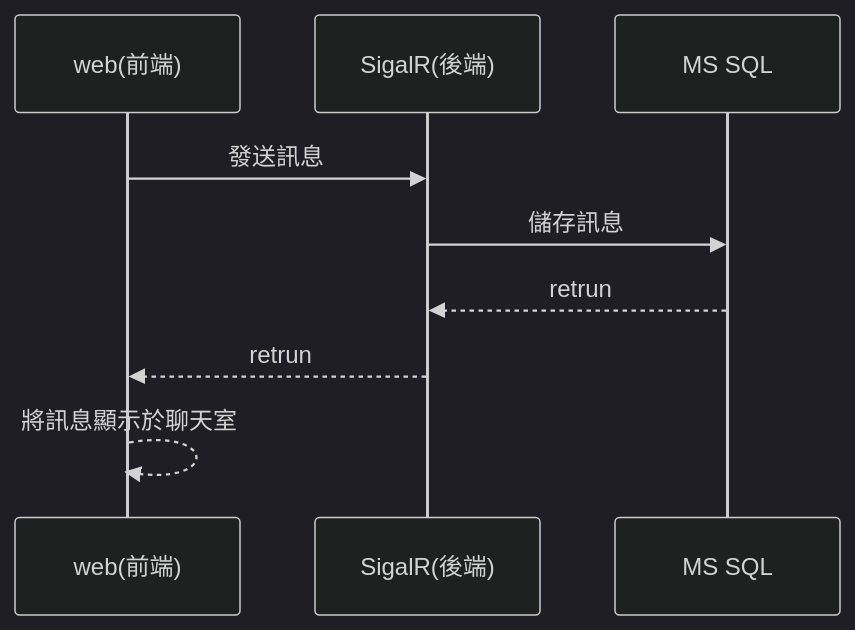
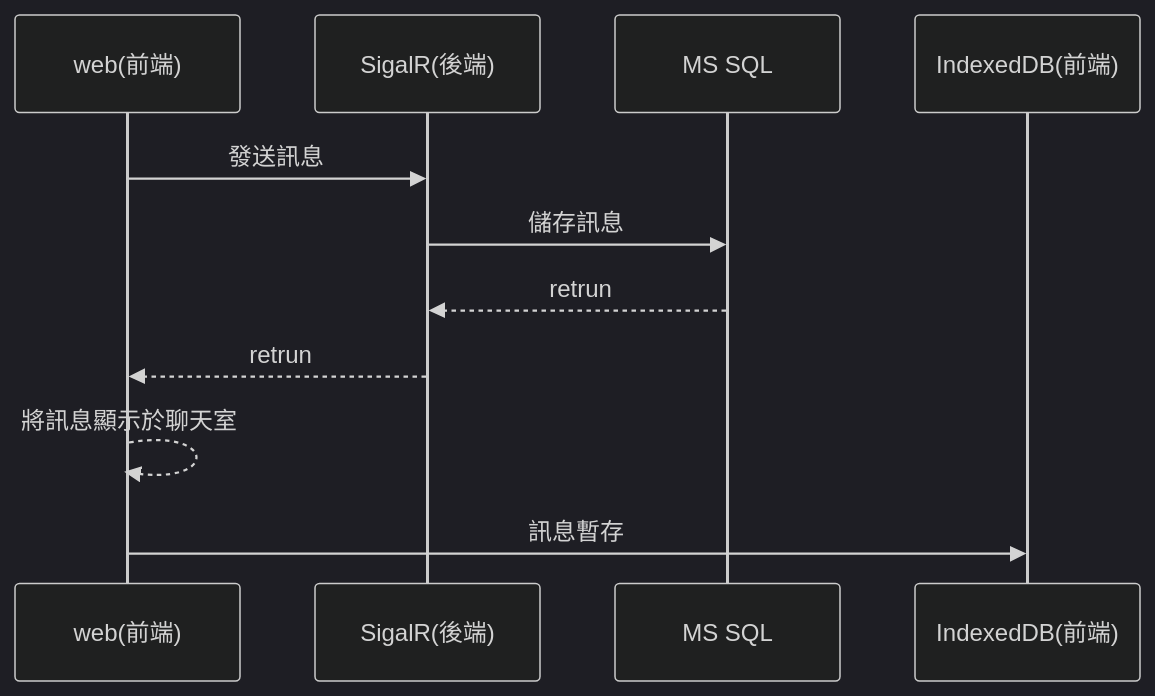
One commit to nick062333/ChatroomSample changed the third of 3 diagrams in doc/chatroom_flow.md. Above: the diagram before and after it, drawn with Mermaid (dark theme). The commit also changed other lines of this file and 1 other file, not shown here.

````diff
--- a/doc/chatroom_flow.md
+++ b/doc/chatroom_flow.md
@@ -63,14 +63,15 @@
 ```mermaid
 sequenceDiagram
 
 participant web as web(前端)
 participant hub as SigalR(後端)
 participant db as MS SQL
+participant indexdb as IndexedDB(前端)
 
 web ->> hub:發送訊息
 hub ->> db:儲存訊息
 db -->> hub:retrun
 hub -->> web:retrun
 web -->> web:將訊息顯示於聊天室
-
+web ->> indexdb:訊息暫存
 ```
````
